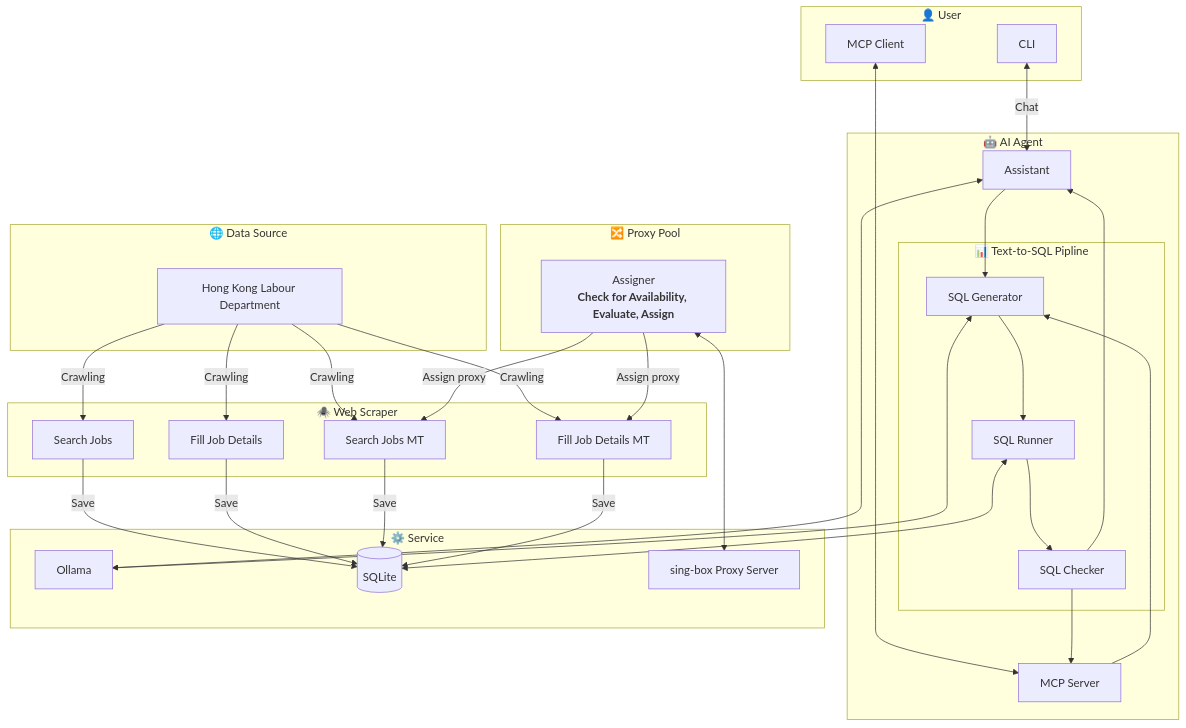
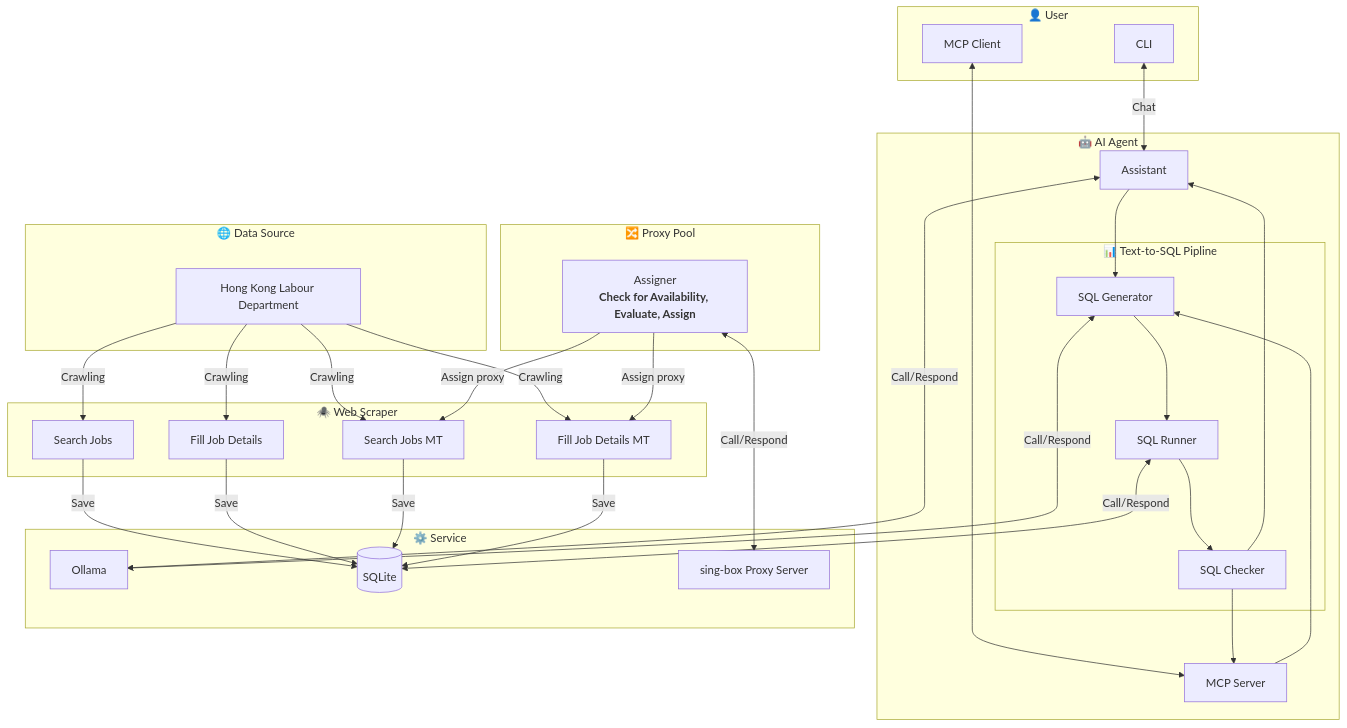
Before and after one commit to JJ-Jacko/jobs_hk: the diagram in README.md, drawn with Mermaid. The commit also changed 2 other files, not shown here.

Commit message:
feat(README.Structure): Call / Respond show.

````diff
--- a/README.md
+++ b/README.md
@@ -51,71 +51,71 @@
 ```mermaid
 flowchart
     subgraph User["👤 User"]
         CLI[CLI]
         MCP_CLIENT[MCP Client]
     end
 
     subgraph Scraper["🕷️ Web Scraper"]
         search_job[Search Jobs]
         fill_job[Fill Job Details]
         search_job_mt[Search Jobs MT]
         fill_job_mt[Fill Job Details MT]
     end
 
     subgraph ProxyPool["🔀 Proxy Pool"]
         assigner[Assigner<br><strong>Check for Availability, Evaluate, Assign<strong/>]
     end
 
     subgraph SQL_pipline["📊 Text-to-SQL Pipline"]
         SQL_generator[SQL Generator]
         SQL_runner[SQL Runner]
         SQL_checker[SQL Checker]
     end
 
     subgraph AI["🤖 AI Agent"]
         assistant[Assistant]
         MCP_server[MCP Server]
         SQL_pipline
     end
 
     subgraph Service["⚙️ Service"]
         Ollama[Ollama]
         SQLite[(SQLite)]
         proxy_server["sing-box Proxy Server"]
     end
 
     subgraph DataSource["🌐 Data Source"]
         web_src[Hong Kong Labour Department]
     end
 
     CLI <-->|Chat| assistant
     MCP_CLIENT <--> MCP_server
 
-    assistant <--> Ollama
+    assistant <-->|Call/Respond| Ollama
     assistant --> SQL_generator
 
     MCP_server --> SQL_generator
 
     SQL_generator --> SQL_runner
-    SQL_generator <--> Ollama
+    SQL_generator <-->|Call/Respond| Ollama
 
     SQL_runner --> SQL_checker
-    SQL_runner <--> SQLite
+    SQL_runner <-->|Call/Respond| SQLite
 
     SQL_checker --> assistant
     SQL_checker --> MCP_server
 
     web_src -->|Crawling| search_job
     web_src -->|Crawling| fill_job
     web_src -->|Crawling| search_job_mt
     web_src -->|Crawling| fill_job_mt
 
     search_job -->|Save| SQLite
     fill_job -->|Save| SQLite
     search_job_mt -->|Save| SQLite
     fill_job_mt -->|Save| SQLite
 
     assigner -->|Assign proxy| search_job_mt
     assigner -->|Assign proxy| fill_job_mt
-    assigner <--> proxy_server
+    assigner <-->|Call/Respond| proxy_server
 ```
````
